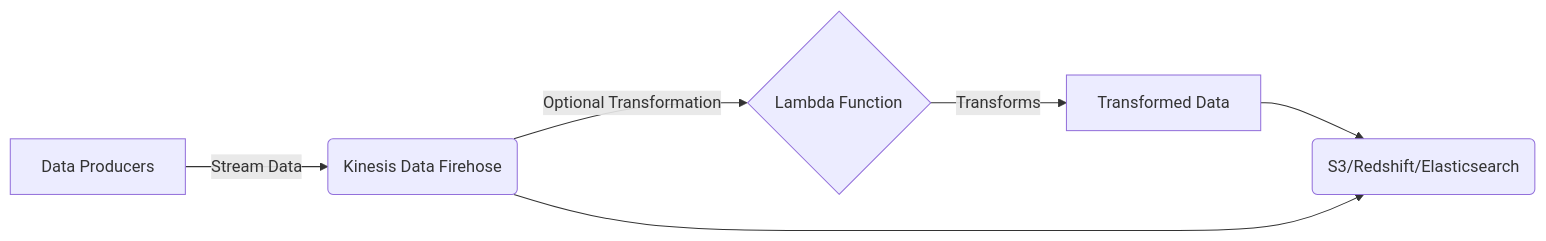
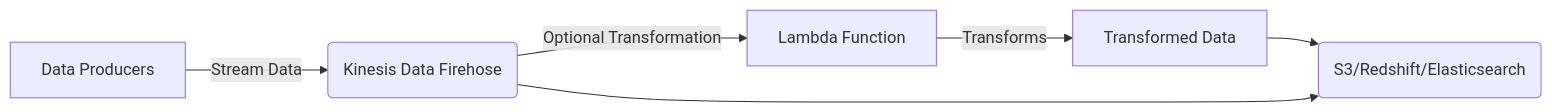
The eighth of 15 diagrams in aws_lambda.md (susmitpy/talks), drawn with Mermaid before and after one commit. The commit also changed other lines of this file and 6 other files, not shown here.

````diff
--- a/aws_lambda.md
+++ b/aws_lambda.md
@@ -395,9 +384,8 @@
 ```mermaid
 graph LR
     A[Data Producers] -- Stream Data --> B(Kinesis Data Firehose)
-    B -- Optional Transformation --> C{Lambda Function}
+    B -- Optional Transformation --> C[Lambda Function]
     C -- Transforms --> D[Transformed Data]
      D --> E(S3/Redshift/Elasticsearch)
      B --> E
-    class B,C fill:#f9f,stroke:#333,stroke-width:2px
 ```
````
